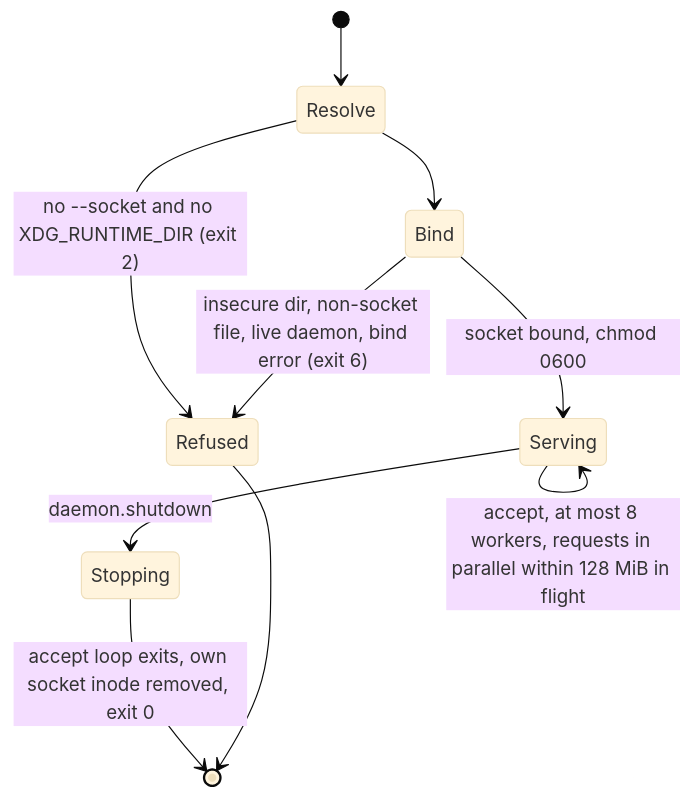
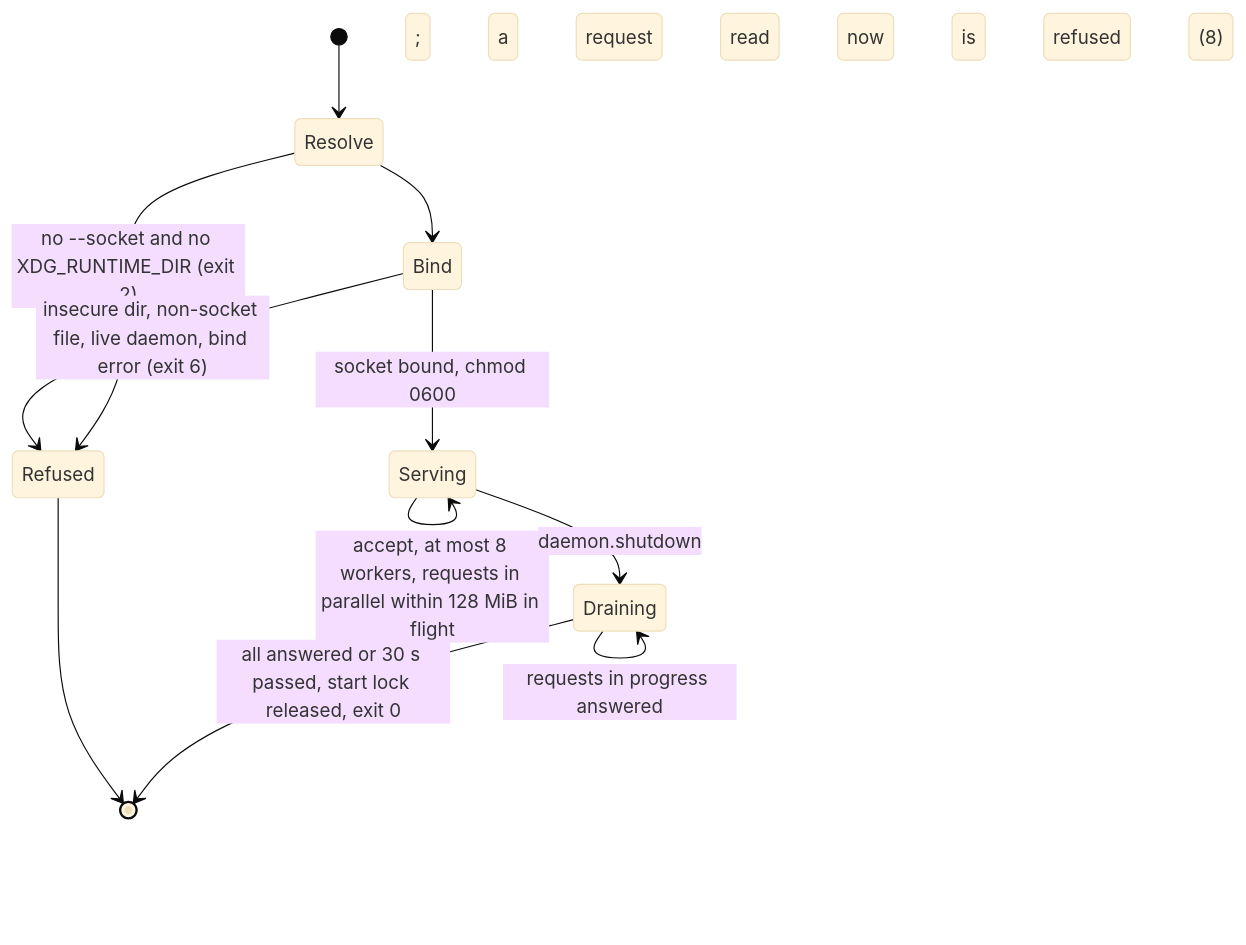
The first of 2 diagrams in docs/OPERATIONS_AND_DAEMON.md (Louranicas/deep-diff-forge), drawn with Mermaid (base theme) before and after one commit. The commit also changed other lines of this file and 12 other files, not shown here.

First line of the commit message:
daemon: drain on stop, `daemon stop` waits for the exit, service units

````diff
--- a/docs/OPERATIONS_AND_DAEMON.md
+++ b/docs/OPERATIONS_AND_DAEMON.md
@@ -66,12 +70,13 @@
 ```mermaid
 stateDiagram-v2
     [*] --> Resolve
     Resolve --> Refused: no --socket and no XDG_RUNTIME_DIR (exit 2)
     Resolve --> Bind
     Bind --> Refused: insecure dir, non-socket file, live daemon, bind error (exit 6)
     Bind --> Serving: socket bound, chmod 0600
     Serving --> Serving: accept, at most 8 workers, requests in parallel within 128 MiB in flight
-    Serving --> Stopping: daemon.shutdown
-    Stopping --> [*]: accept loop exits, own socket inode removed, exit 0
+    Serving --> Draining: daemon.shutdown
+    Draining --> Draining: requests in progress answered; a request read now is refused (8)
+    Draining --> [*]: all answered or 30 s passed, start lock released, exit 0
     Refused --> [*]
 ```
````
